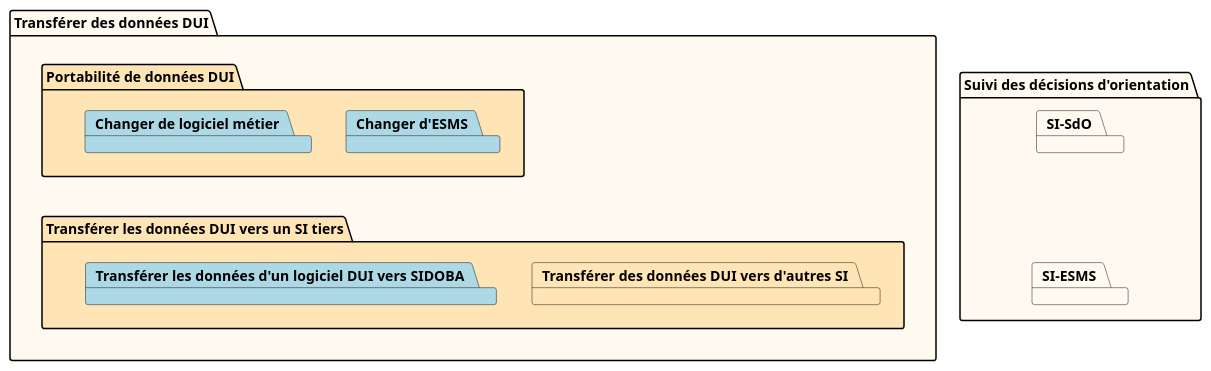
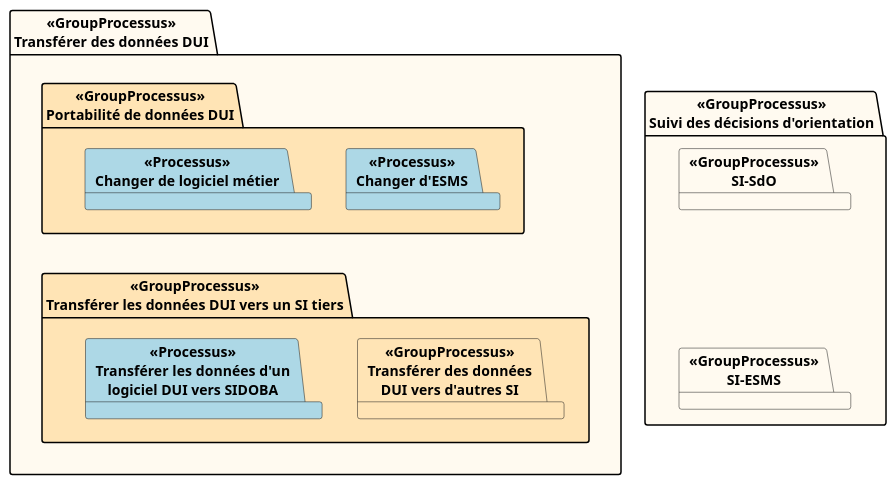
The diagram in input/images-source/contexte_metier.plantuml (ansforge/IG-fhir-transfert-donnees-dui-esms), drawn with PlantUML before and after one commit. The commit also changed 3 other files, not shown here.

```diff
--- a/input/images-source/contexte_metier.plantuml
+++ b/input/images-source/contexte_metier.plantuml
@@ -1,23 +1,23 @@
 @startuml
 
-package "Transférer des données DUI" as transfert #FloralWhite {
-    package "Transférer les données DUI vers un SI tiers" as transfertSI #Moccasin {
-        package "Transférer des données DUI vers d'autres SI" #Moccasin
-        package "Transférer les données d'un logiciel DUI vers SIDOBA" #LightBlue
+package "<<GroupProcessus>>\nTransférer des données DUI" #FloralWhite {
+    package "<<GroupProcessus>>\nTransférer les données DUI vers un SI tiers" as transfertSI #Moccasin {
+        package "<<GroupProcessus>>\nTransférer des données\nDUI vers d'autres SI" #Moccasin
+        package "<<Processus>>\nTransférer les données d'un\nlogiciel DUI vers SIDOBA" #LightBlue
     }
-    package "Portabilité de données DUI" as portabilite #Moccasin {
-        package "Changer d'ESMS" #LightBlue
-        package "Changer de logiciel métier" #LightBlue
+    package "<<GroupProcessus>>\nPortabilité de données DUI" as portabilite #Moccasin {
+        package "<<Processus>>\nChanger d'ESMS" #LightBlue
+        package "<<Processus>>\nChanger de logiciel métier" #LightBlue
     }
 }
 
-package "Suivi des décisions d'orientation" as suivi #FloralWhite {
-    package "SI-ESMS" #FloralWhite
-    package "SI-SdO" #FloralWhite
+package "<<GroupProcessus>>\nSuivi des décisions d'orientation" #FloralWhite {
+    package "<<GroupProcessus>>\nSI-ESMS" #FloralWhite
+    package "<<GroupProcessus>>\nSI-SdO" #FloralWhite
 }
 
 portabilite -[hidden]- transfertSI
-[SI-SdO] -[hidden]- [SI-ESMS]
+[<<GroupProcessus>>\nSI-SdO] -[hidden]- [<<GroupProcessus>>\nSI-ESMS]
 
 
 @enduml
```
